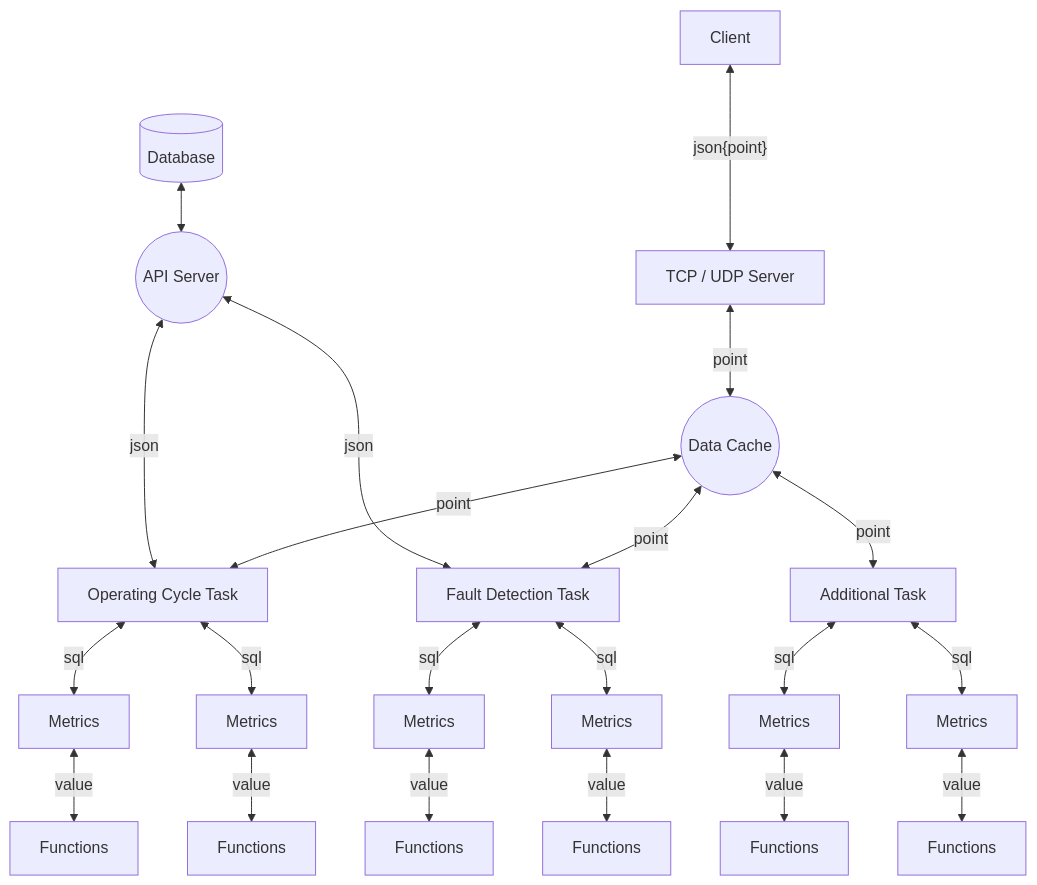
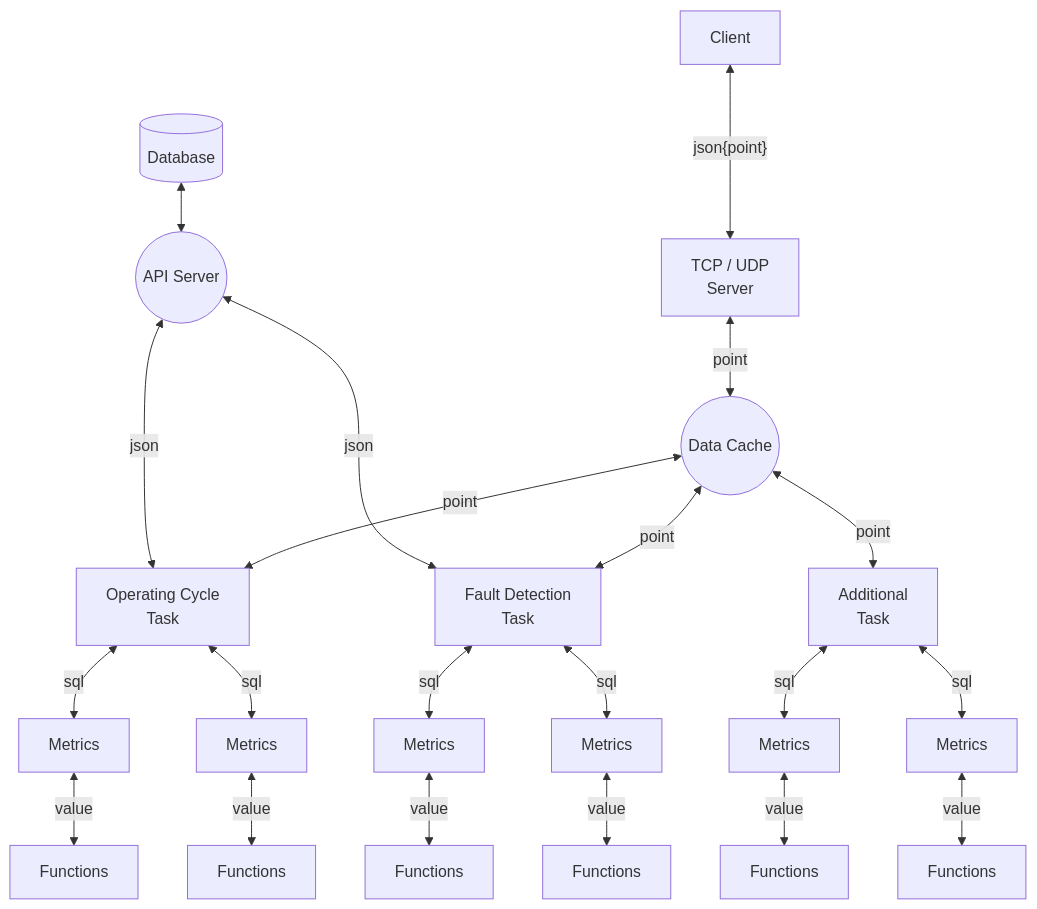
The diagram in readme.md (a-givertzman/fr-service), drawn with Mermaid before and after one commit.

````diff
--- a/readme.md
+++ b/readme.md
@@ -9,45 +9,45 @@
 ```mermaid
 flowchart TD;
    clients[Client];
-   server[TCP / UDP Server];
+   server[TCP / UDP<br>Server];
    dataCache((Data Cache));
-   api((API Server));
+   api((API Server</p>));
    db[(Database)];
-   task1[Operating Cycle Task];
-   task2[Fault Detection Task];
-   task3[Additional Task];
+   task1[Operating Cycle<br>Task];
+   task2[Fault Detection<br>Task];
+   task3[Additional<br>Task];
    faultDetectionMetrics1[Metrics]
    faultDetectionMetrics2[Metrics]
    operatingCycleMetrics1[Metrics];
    operatingCycleMetrics2[Metrics];
    additionalMetrics1[Metrics];
    additionalMetrics2[Metrics];
    faultDetectionFunctions1[Functions]
    faultDetectionFunctions2[Functions]
    operatingCycleFunctions1[Functions];
    operatingCycleFunctions2[Functions];
    additionalfunctions1[Functions];
    additionalfunctions2[Functions];
 
    db <--> api;
    api<--->|json|task1;
    api<-->|json|task2;
 
    clients <---> |"json{point}"| server;
    server  <--> |point| dataCache;
    dataCache <--> |point| task1;
    dataCache <--> |point| task2;
    dataCache <--> |point| task3;
    task1 <--> |sql| operatingCycleMetrics1;
    task1 <--> |sql| operatingCycleMetrics2;
    task2 <--> |sql| faultDetectionMetrics1
    task2 <--> |sql| faultDetectionMetrics2
    task3 <--> |sql| additionalMetrics1
    task3 <--> |sql| additionalMetrics2
    additionalMetrics1 <--> |value| additionalfunctions1
    additionalMetrics2 <--> |value| additionalfunctions2
    faultDetectionMetrics1 <--> |value| faultDetectionFunctions1
    faultDetectionMetrics2 <--> |value| faultDetectionFunctions2
    operatingCycleMetrics1 <--> |value| operatingCycleFunctions1
    operatingCycleMetrics2 <--> |value| operatingCycleFunctions2
 ```
````
